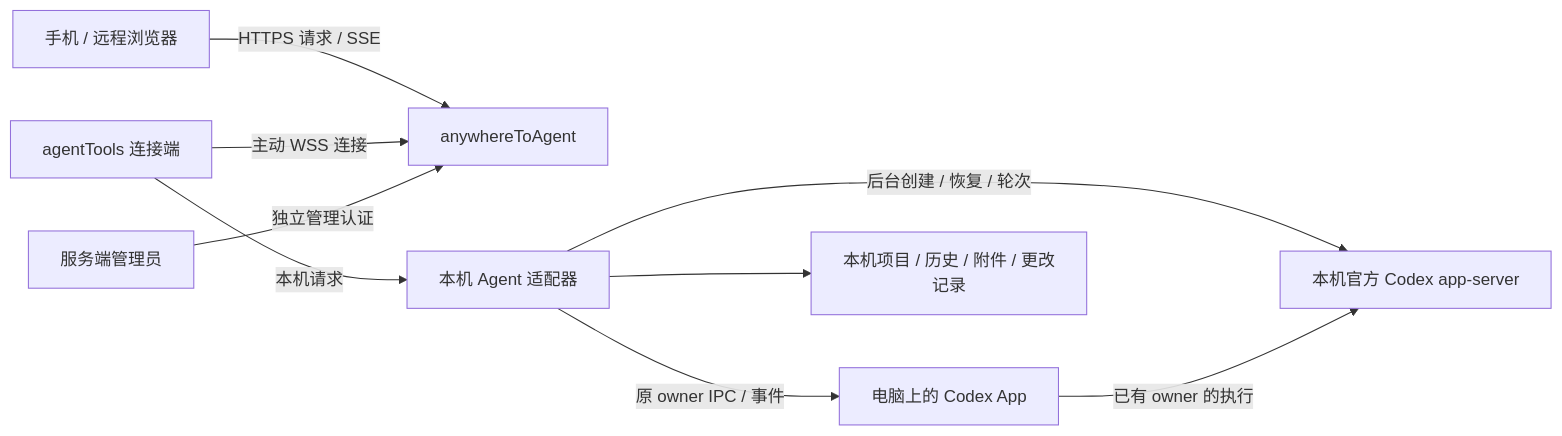
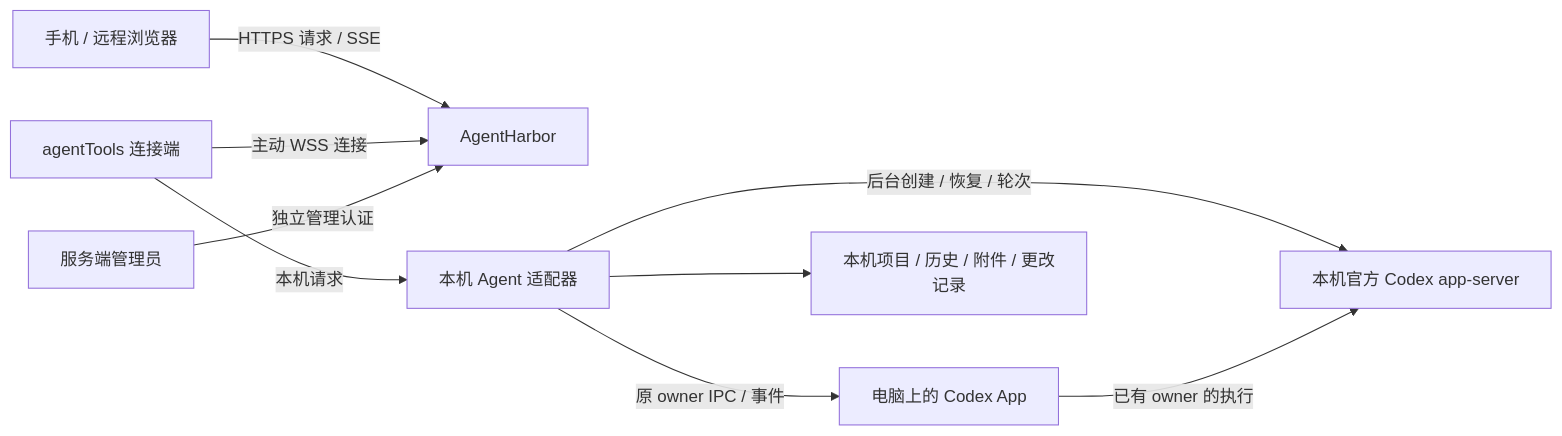
The diagram in docs/architecture.md (w1196396546/AgentHarbor), drawn with Mermaid before and after one commit. The commit also changed other lines of this file and 37 other files, not shown here.

Commit message:
chore: rename project to AgentHarbor

````diff
--- a/docs/architecture.md
+++ b/docs/architecture.md
@@ -21,11 +21,11 @@
 ```mermaid
 flowchart LR
-  Browser[手机 / 远程浏览器] -->|HTTPS 请求 / SSE| Relay[anywhereToAgent]
+  Browser[手机 / 远程浏览器] -->|HTTPS 请求 / SSE| Relay[AgentHarbor]
   Client[agentTools 连接端] -->|主动 WSS 连接| Relay
   Client -->|本机请求| Engine[本机 Agent 适配器]
   Engine -->|后台创建 / 恢复 / 轮次| Codex[本机官方 Codex app-server]
   Engine -->|原 owner IPC / 事件| App[电脑上的 Codex App]
   App -->|已有 owner 的执行| Codex
   Engine --> Local[本机项目 / 历史 / 附件 / 更改记录]
   Admin[服务端管理员] -->|独立管理认证| Relay
 ```
````
